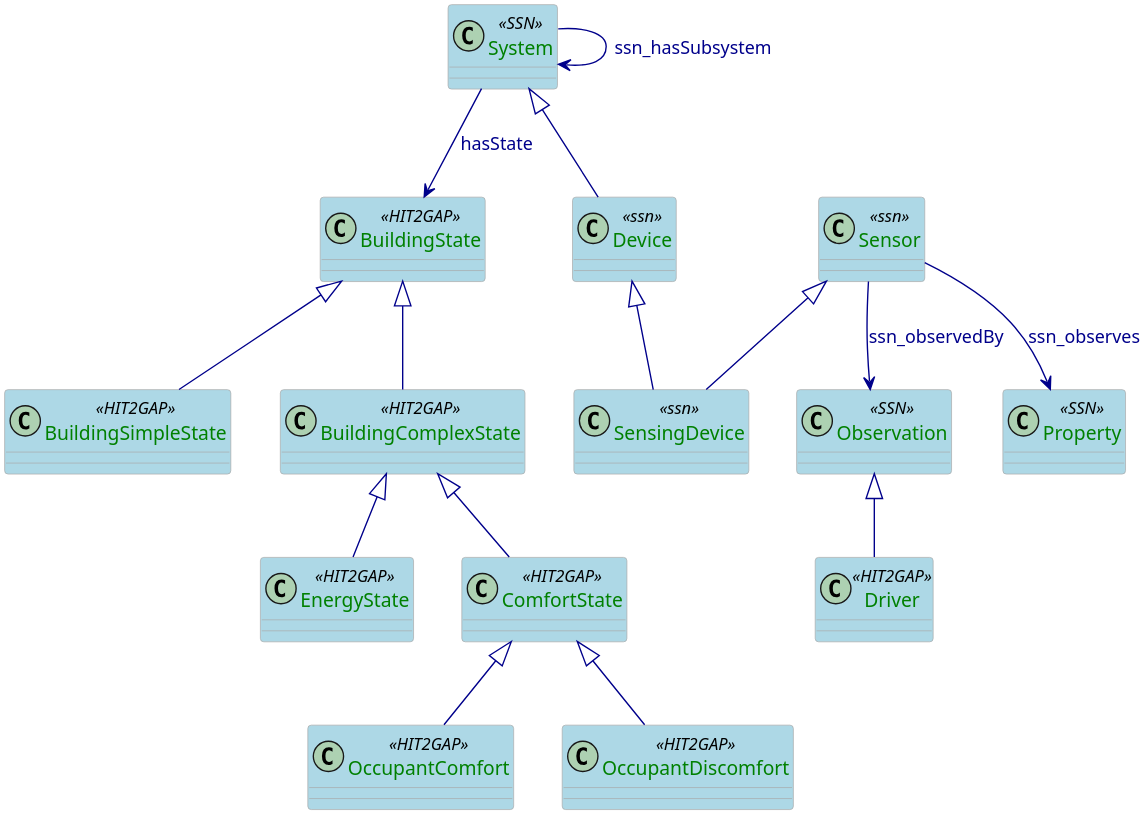
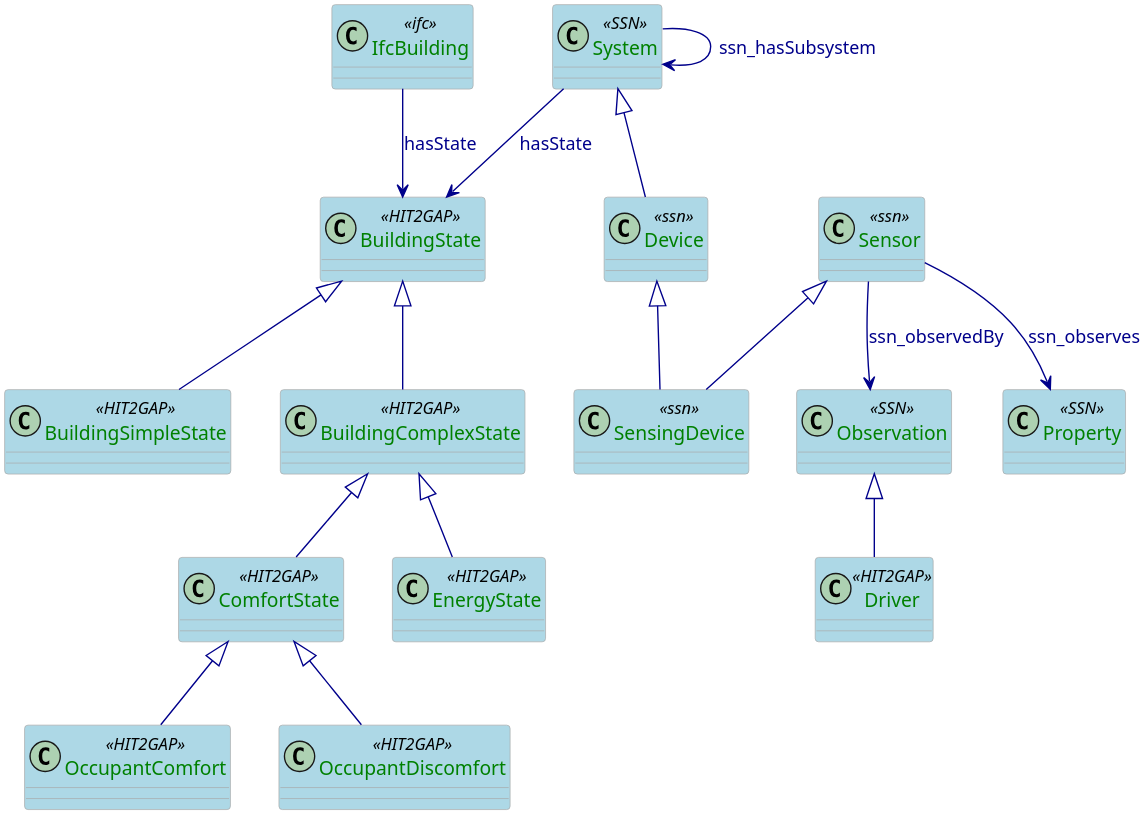
Before and after one commit to HIT2GAP-EU-PROJECT/BEMOnt: the diagram in docs/plantuml/BuildingStateSpecification.puml, drawn with PlantUML. The commit also changed 2 other files, not shown here.

```diff
--- a/docs/plantuml/BuildingStateSpecification.puml
+++ b/docs/plantuml/BuildingStateSpecification.puml
@@ -1,76 +1,79 @@
 @startuml
 
 skinparam class {
   ArrowColor DarkBlue
   ArrowFontColor DarkBlue
   BackgroundColor LightBlue
   BorderColor DarkGrey
 }
 skinparam dpi 300
 skinparam stereotypeCBackgroundColor Wheat
 skinparam classAttributeFontColor  Green
 
 class System <<SSN>>{
 
 }
 
 class BuildingState <<HIT2GAP>>{
 
 }
 
 class BuildingSimpleState <<HIT2GAP>>{
 
 }
 
 class BuildingComplexState <<HIT2GAP>>{
 
 }
 
 class EnergyState <<HIT2GAP>>{
 
 }
 
 class ComfortState <<HIT2GAP>>{
 
 }
 
 class OccupantComfort <<HIT2GAP>>{
 
 }
 
 class OccupantDiscomfort <<HIT2GAP>>{
 
 }
 class Driver <<HIT2GAP>>{
 
 }
 
 class Observation <<SSN>>{
 
 }
 
 class Property <<SSN>> {
 
 }
 
 class Device <<ssn>>
 class Sensor <<ssn>>
 class SensingDevice <<ssn>>
 
+class IfcBuilding <<ifc>>
+
+IfcBuilding --> BuildingState:hasState
 System --> BuildingState: hasState
 BuildingState <|-- BuildingSimpleState
 BuildingState <|-- BuildingComplexState
 BuildingComplexState <|-- EnergyState
 BuildingComplexState <|-- ComfortState
 ComfortState <|-- OccupantComfort
 ComfortState <|-- OccupantDiscomfort
 System <|-- Device
 Device <|-- SensingDevice
 Sensor <|-- SensingDevice
 System --> System:ssn_hasSubsystem
 Sensor --> Observation:ssn_observedBy
 Sensor --> Property:ssn_observes
 
 Observation <|-- Driver
 
 @enduml
```
